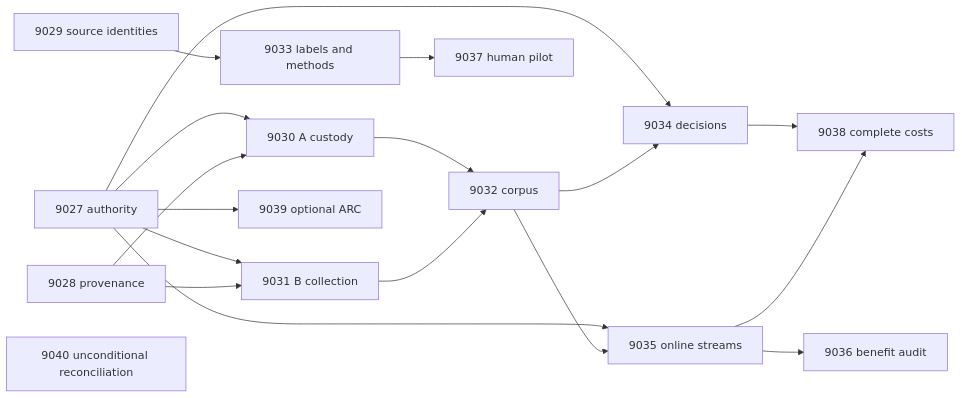
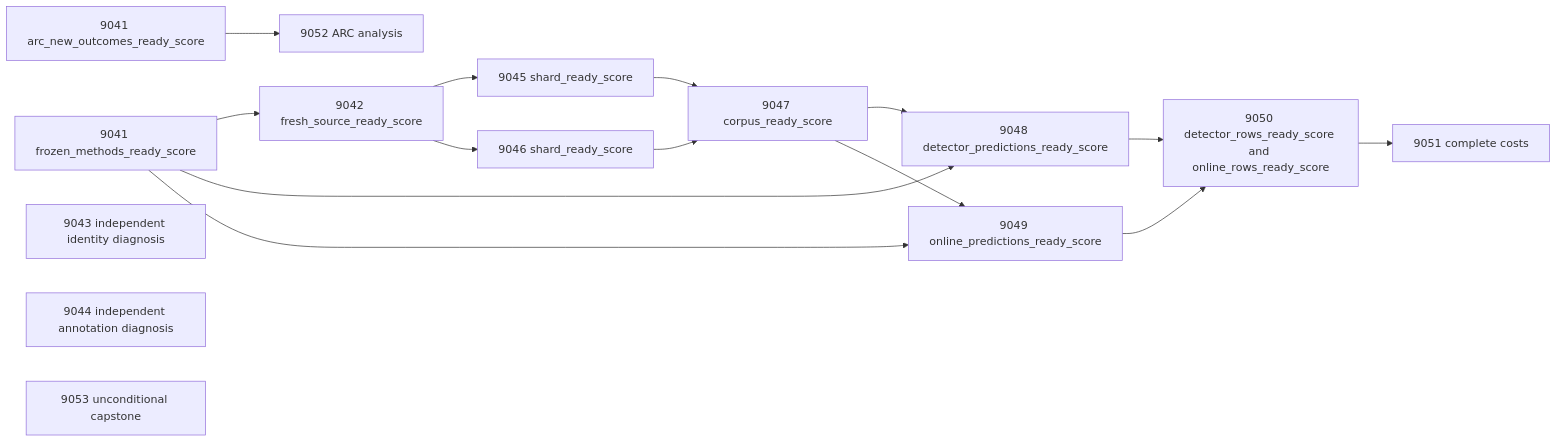
The second of 2 diagrams in openspec/change-proposals/research-roadmap-vNEXT.md (Carnot-EBM/carnot-ebm), drawn with Mermaid before and after one commit. The commit also changed other lines of this file and 21 other files, not shown here.

````diff
--- a/openspec/change-proposals/research-roadmap-vNEXT.md
+++ b/openspec/change-proposals/research-roadmap-vNEXT.md
@@ -322,20 +266,19 @@
 ```mermaid
 flowchart LR
-    T27[9027 authority] --> T30[9030 A custody]
-    T28[9028 provenance] --> T30
-    T27 --> T31[9031 B collection]
-    T28 --> T31
-    T30 --> T32[9032 corpus]
-    T31 --> T32
-    T27 --> T34[9034 decisions]
-    T32 --> T34
-    T27 --> T35[9035 online streams]
-    T32 --> T35
-    T35 --> T36[9036 benefit audit]
-    T29[9029 source identities] --> T33[9033 labels and methods]
-    T33 --> T37[9037 human pilot]
-    T34 --> T38[9038 complete costs]
-    T35 --> T38
-    T27 --> T39[9039 optional ARC]
-    T40[9040 unconditional reconciliation]
+    T41[9041 frozen_methods_ready_score] --> T42[9042 fresh_source_ready_score]
+    T42 --> T45[9045 shard_ready_score]
+    T42 --> T46[9046 shard_ready_score]
+    T45 --> T47[9047 corpus_ready_score]
+    T46 --> T47
+    T47 --> T48[9048 detector_predictions_ready_score]
+    T47 --> T49[9049 online_predictions_ready_score]
+    T41 --> T48
+    T41 --> T49
+    T48 --> T50[9050 detector_rows_ready_score and online_rows_ready_score]
+    T49 --> T50
+    T50 --> T51[9051 complete costs]
+    A41[9041 arc_new_outcomes_ready_score] --> T52[9052 ARC analysis]
+    T43[9043 independent identity diagnosis]
+    T44[9044 independent annotation diagnosis]
+    T53[9053 unconditional capstone]
 ```
````
